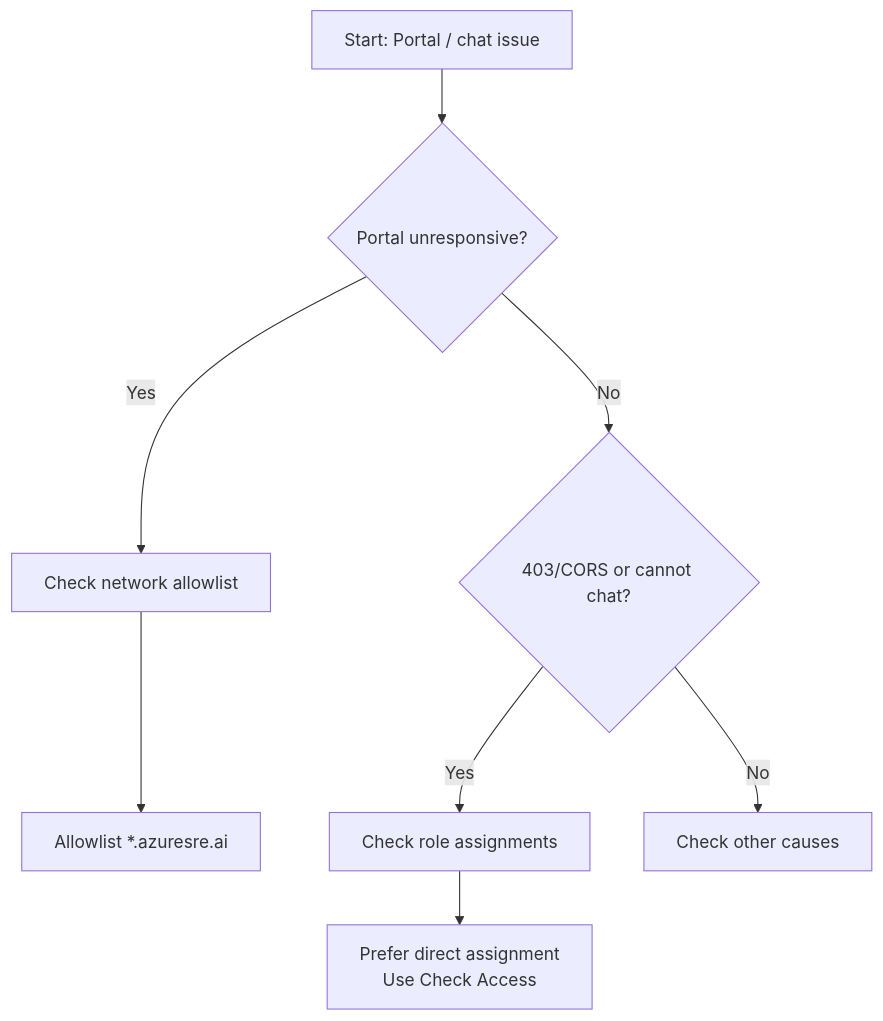
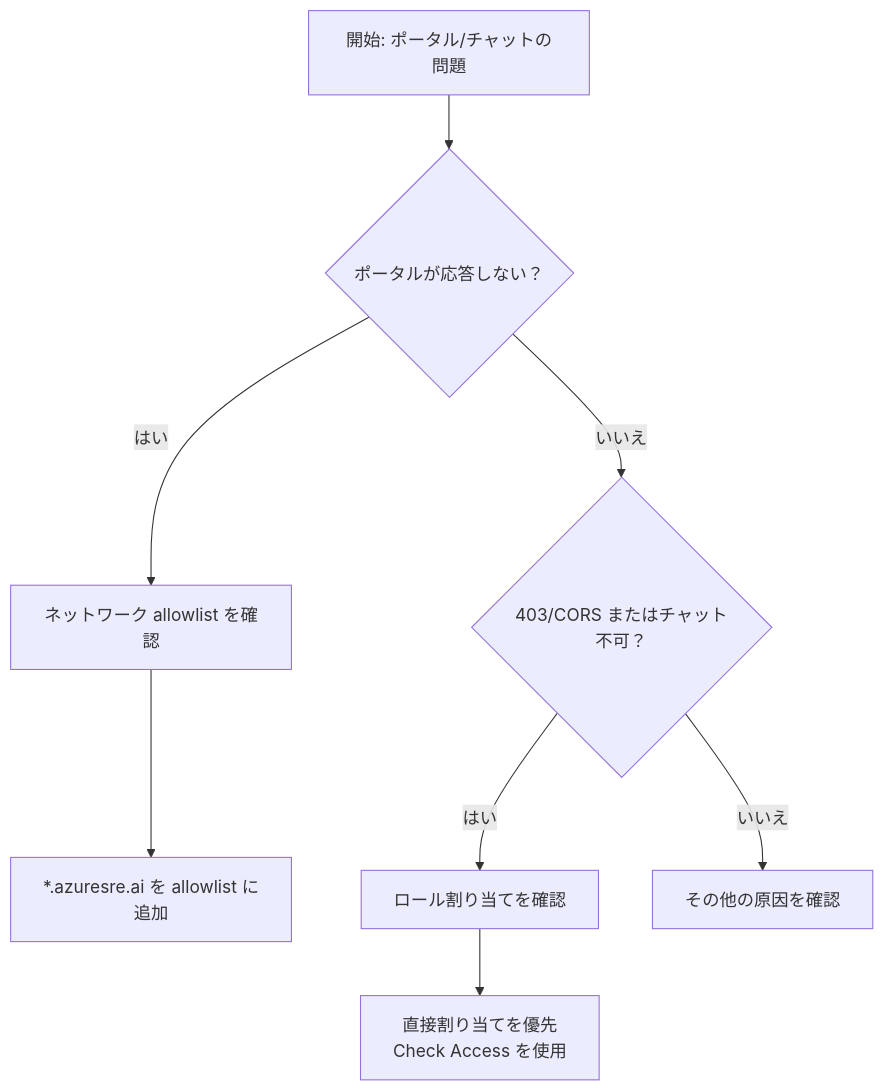
Diagram 12 of 12 in content/posts/ja-jp/sre-agent-planning.md (TakumiSeo/Tech-BLOG), drawn with Mermaid before and after one commit. The commit also changed other lines of this file, not shown here.

````diff
--- a/content/posts/ja-jp/sre-agent-planning.md
+++ b/content/posts/ja-jp/sre-agent-planning.md
@@ -791,10 +791,10 @@
 ```mermaid
 flowchart TD
-  S["Start: Portal / chat issue"] --> A{"Portal unresponsive?"}
-  A -->|Yes| N["Check network allowlist"]
-  N --> F["Allowlist *.azuresre.ai"]
-  A -->|No| B{"403/CORS or cannot chat?"}
-  B -->|Yes| P["Check role assignments"]
-  P --> Q["Prefer direct assignment\nUse Check Access"]
-  B -->|No| O["Check other causes"]
+  S["開始: ポータル/チャットの問題"] --> A{"ポータルが応答しない？"}
+  A -->|はい| N["ネットワーク allowlist を確認"]
+  N --> F["*.azuresre.ai を allowlist に追加"]
+  A -->|いいえ| B{"403/CORS またはチャット不可？"}
+  B -->|はい| P["ロール割り当てを確認"]
+  P --> Q["直接割り当てを優先\nCheck Access を使用"]
+  B -->|いいえ| O["その他の原因を確認"]
 ```
````
